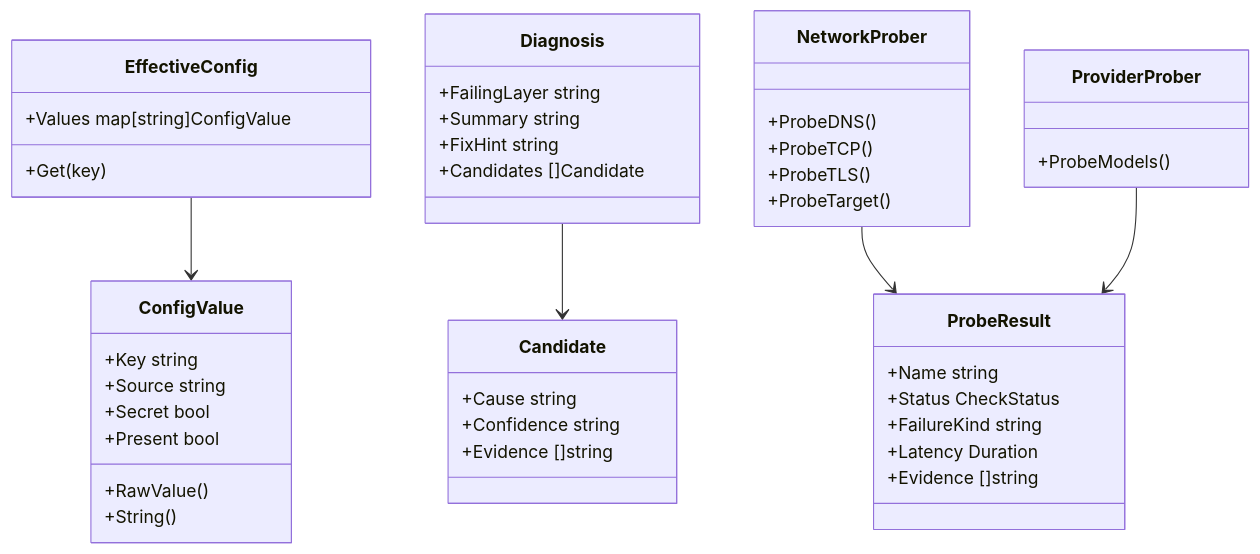
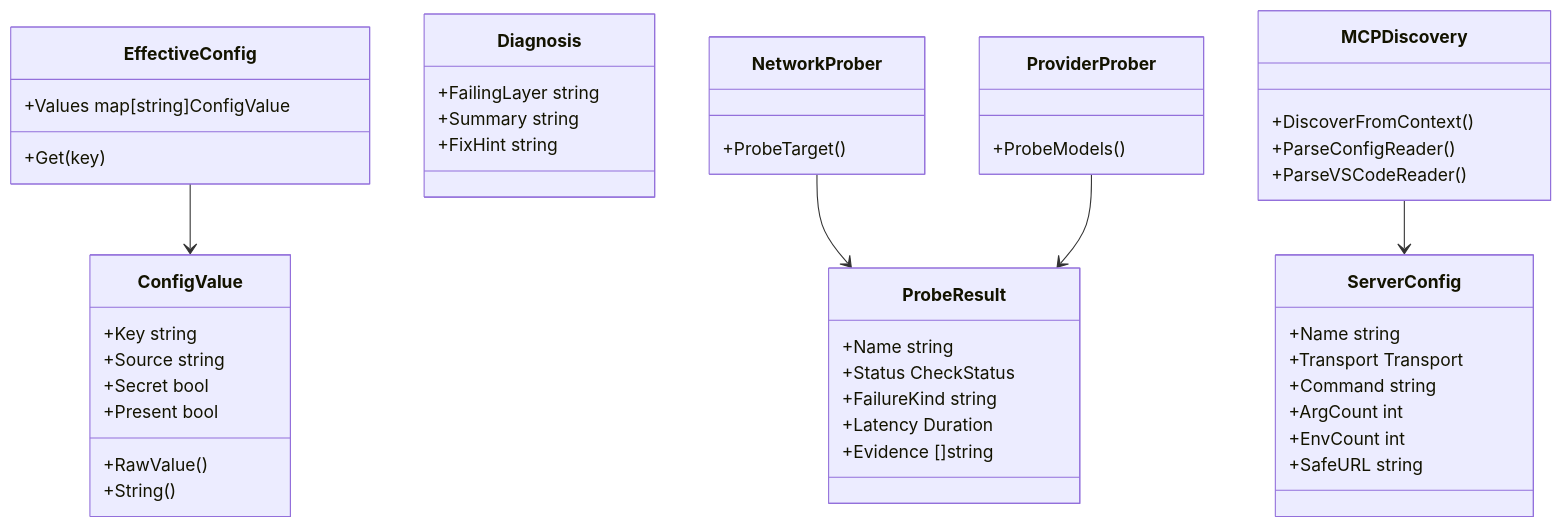
One commit to osmnmlh/aitrouble changed the second of 2 diagrams in docs/architecture.md. Above: the diagram before and after it, drawn with Mermaid. The commit also changed other lines of this file and 16 other files, not shown here.

````diff
--- a/docs/architecture.md
+++ b/docs/architecture.md
@@ -70,54 +79,59 @@
 ```mermaid
 classDiagram
 
 class EffectiveConfig {
     +Values map[string]ConfigValue
     +Get(key)
 }
 
 class ConfigValue {
     +Key string
     +Source string
     +Secret bool
     +Present bool
     +RawValue()
     +String()
 }
 
 class ProbeResult {
     +Name string
     +Status CheckStatus
     +FailureKind string
     +Latency Duration
     +Evidence []string
 }
 
-class Candidate {
-    +Cause string
-    +Confidence string
-    +Evidence []string
-}
-
 class Diagnosis {
     +FailingLayer string
     +Summary string
     +FixHint string
-    +Candidates []Candidate
 }
 
 class NetworkProber {
-    +ProbeDNS()
-    +ProbeTCP()
-    +ProbeTLS()
     +ProbeTarget()
 }
 
 class ProviderProber {
     +ProbeModels()
 }
 
+class MCPDiscovery {
+    +DiscoverFromContext()
+    +ParseConfigReader()
+    +ParseVSCodeReader()
+}
+
+class ServerConfig {
+    +Name string
+    +Transport Transport
+    +Command string
+    +ArgCount int
+    +EnvCount int
+    +SafeURL string
+}
+
 EffectiveConfig --> ConfigValue
 NetworkProber --> ProbeResult
 ProviderProber --> ProbeResult
-Diagnosis --> Candidate
+MCPDiscovery --> ServerConfig
 ```
````
